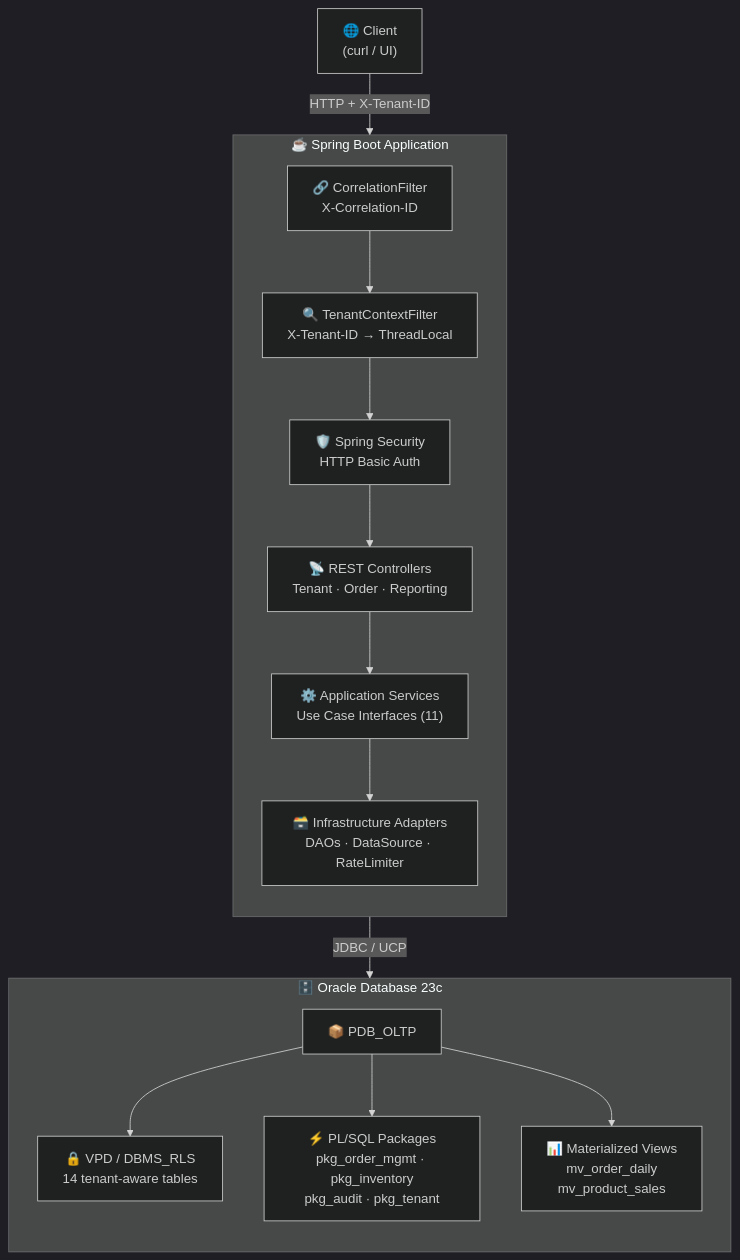
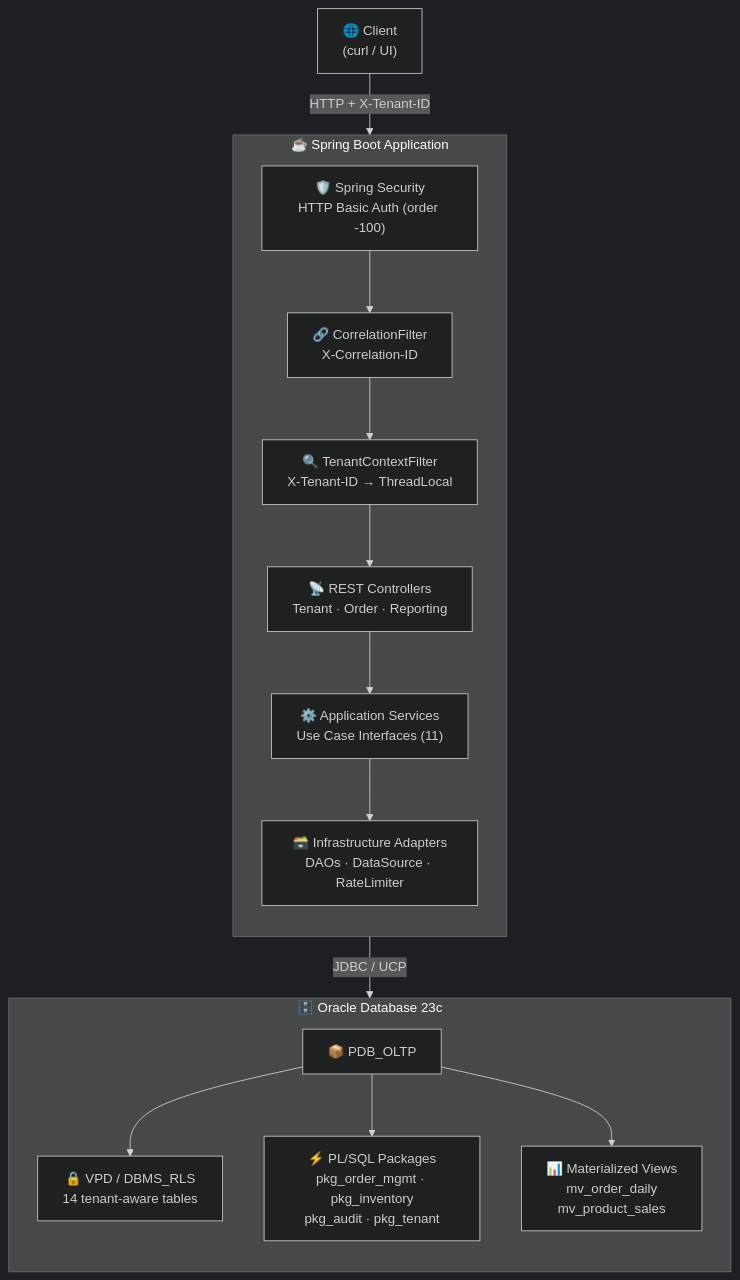
Before and after one commit to sergio11/oracle_multitenant_order_management_poc: the first of 8 diagrams in README.md, drawn with Mermaid (dark theme). The commit also changed other lines of this file and 50 other files, not shown here.

````diff
--- a/README.md
+++ b/README.md
@@ -30,34 +30,34 @@
 ```mermaid
 graph TB
     Client["🌐 Client<br/>(curl / UI)"]
 
     subgraph SpringBoot["☕ Spring Boot Application"]
         direction TB
+        Security["🛡️ Spring Security<br/>HTTP Basic Auth (order -100)"]
         CorrelationFilter["🔗 CorrelationFilter<br/>X-Correlation-ID"]
         TenantFilter["🔍 TenantContextFilter<br/>X-Tenant-ID → ThreadLocal"]
-        Security["🛡️ Spring Security<br/>HTTP Basic Auth"]
 
         Controllers["📡 REST Controllers<br/>Tenant · Order · Reporting"]
         Services["⚙️ Application Services<br/>Use Case Interfaces (11)"]
         Adapters["🗃️ Infrastructure Adapters<br/>DAOs · DataSource · RateLimiter"]
     end
 
     subgraph Oracle["🗄️ Oracle Database 23c"]
         direction TB
         PDB["📦 PDB_OLTP"]
         VPD["🔒 VPD / DBMS_RLS<br/>14 tenant-aware tables"]
         PLSQL["⚡ PL/SQL Packages<br/>pkg_order_mgmt · pkg_inventory<br/>pkg_audit · pkg_tenant"]
         MV["📊 Materialized Views<br/>mv_order_daily<br/>mv_product_sales"]
     end
 
-    Client -->|"HTTP + X-Tenant-ID"| CorrelationFilter
+    Client -->|"HTTP + X-Tenant-ID"| Security
+    Security --> CorrelationFilter
     CorrelationFilter --> TenantFilter
-    TenantFilter --> Security
-    Security --> Controllers
+    TenantFilter --> Controllers
     Controllers --> Services
     Services --> Adapters
     Adapters -->|"JDBC / UCP"| PDB
     PDB --> VPD
     PDB --> PLSQL
     PDB --> MV
 ```
````
